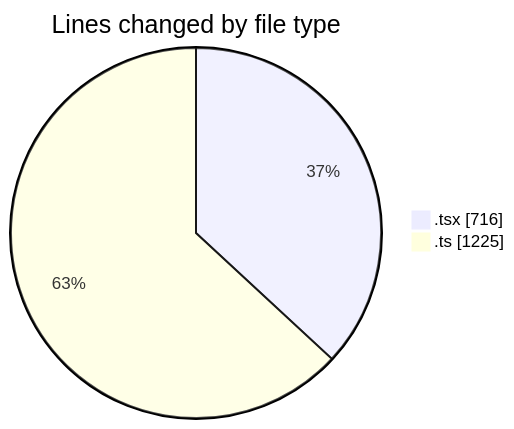
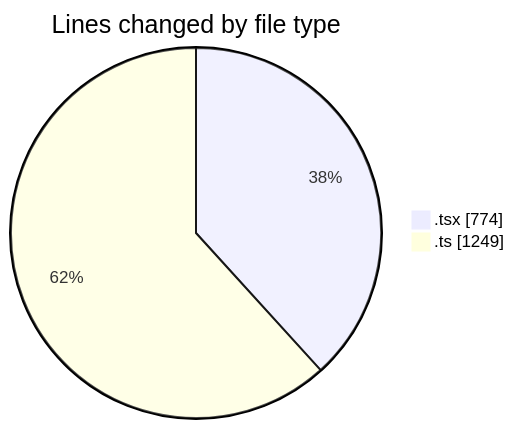
One commit to julien-gomy/code-tracking changed the first of 2 diagrams in 2025-10-20/eventscop-frontend-guide__workspace_/README.md. Above: the diagram before and after it, drawn with Mermaid. The commit also changed other lines of this file and 1 other file, not shown here.

````diff
--- a/2025-10-20/eventscop-frontend-guide__workspace_/README.md
+++ b/2025-10-20/eventscop-frontend-guide__workspace_/README.md
@@ -37,6 +38,6 @@
 ```mermaid
 pie showData
 title Lines changed by file type
-".tsx" : 716
-".ts" : 1225
+".tsx" : 774
+".ts" : 1249
 ```
````
